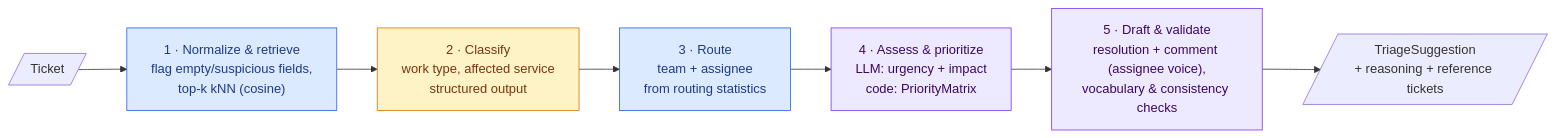
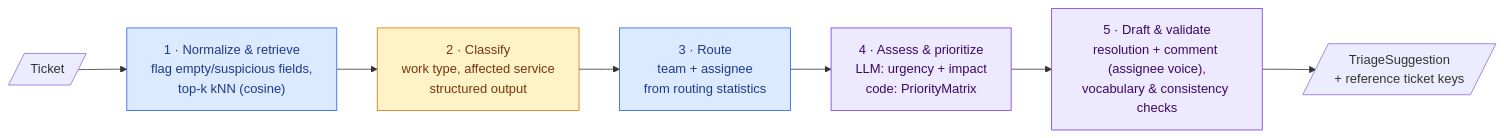
Before and after one commit to githubfawu/TriAIge: the fourth of 7 diagrams in docs/architecture.md, drawn with Mermaid. The commit also changed other lines of this file and 51 other files, not shown here.

````diff
--- a/docs/architecture.md
+++ b/docs/architecture.md
@@ -94,19 +94,19 @@
 ```mermaid
 flowchart LR
     t[/Ticket/] --> s1
     s1["1 · Normalize & retrieve<br/>flag empty/suspicious fields,<br/>top-k kNN (cosine)"]
     s2["2 · Classify<br/>work type, affected service<br/>structured output"]
     s3["3 · Route<br/>team + assignee<br/>from routing statistics"]
     s4["4 · Assess & prioritize<br/>LLM: urgency + impact<br/>code: PriorityMatrix"]
     s5["5 · Draft & validate<br/>resolution + comment (assignee voice),<br/>vocabulary & consistency checks"]
-    out[/TriageSuggestion<br/>+ reasoning + reference tickets/]
+    out[/TriageSuggestion<br/>+ reference ticket keys/]
 
     s1 --> s2 --> s3 --> s4 --> s5 --> out
 
     classDef det fill:#dbeafe,stroke:#2563eb,color:#1e3a8a
     classDef llm fill:#fef3c7,stroke:#d97706,color:#78350f
     classDef mixed fill:#ede9fe,stroke:#7c3aed,color:#3b0764
     class s1,s3 det
     class s2 llm
     class s4,s5 mixed
 ```
````
